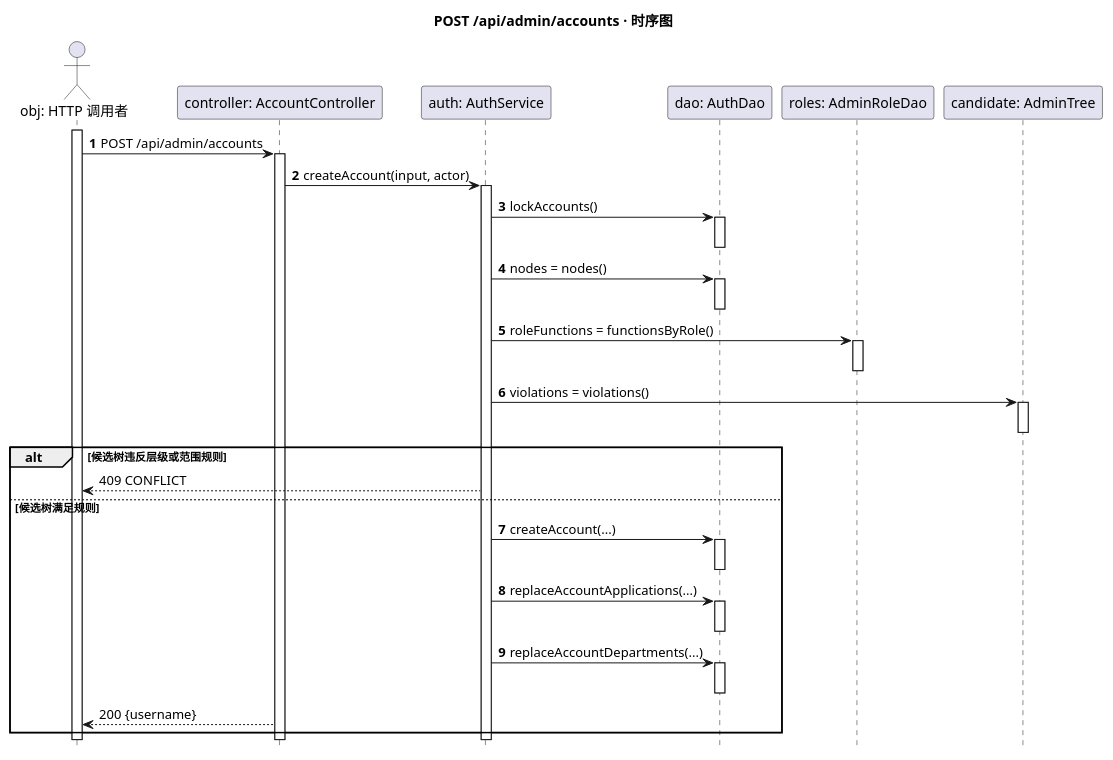
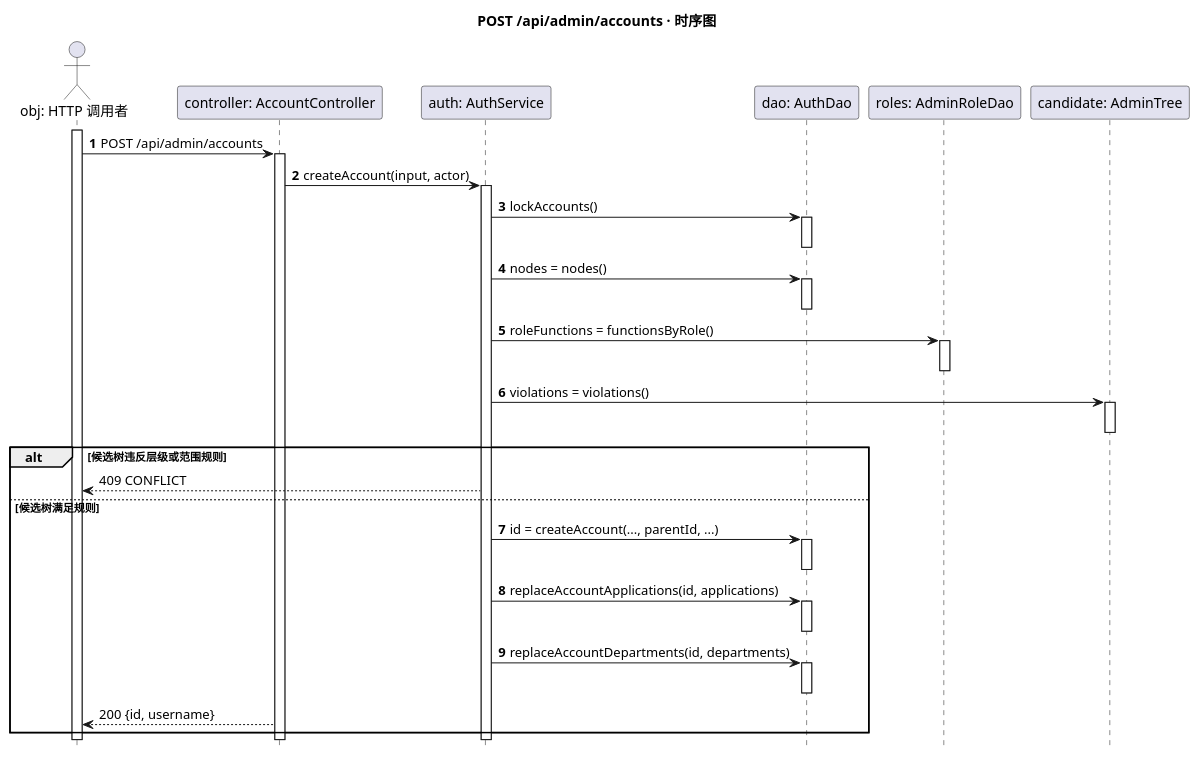
One commit to IKEA-v/MelonHub changed the diagram in doc/uml/admin-account-sequence.puml. Above: the diagram before and after it, drawn with PlantUML. The commit also changed 34 other files, not shown here.

```diff
--- a/doc/uml/admin-account-sequence.puml
+++ b/doc/uml/admin-account-sequence.puml
@@ -1,49 +1,49 @@
 @startuml
 title POST /api/admin/accounts · 时序图
 hide footbox
 skinparam shadowing false
 actor "obj: HTTP 调用者" as Caller
 participant "controller: AccountController" as C
 participant "auth: AuthService" as S
 participant "dao: AuthDao" as D
 participant "roles: AdminRoleDao" as R
 participant "candidate: AdminTree" as T
 activate Caller
 autonumber
 Caller -> C: POST /api/admin/accounts
 activate C
 C -> S: createAccount(input, actor)
 activate S
 S -> D: lockAccounts()
 activate D
 deactivate D
 S -> D: nodes = nodes()
 activate D
 deactivate D
 S -> R: roleFunctions = functionsByRole()
 activate R
 deactivate R
 S -> T: violations = violations()
 activate T
 deactivate T
 alt 候选树违反层级或范围规则
   autonumber stop
   S --> Caller: 409 CONFLICT
 else 候选树满足规则
   autonumber resume
-  S -> D: createAccount(...)
+  S -> D: id = createAccount(..., parentId, ...)
   activate D
   deactivate D
-  S -> D: replaceAccountApplications(...)
+  S -> D: replaceAccountApplications(id, applications)
   activate D
   deactivate D
-  S -> D: replaceAccountDepartments(...)
+  S -> D: replaceAccountDepartments(id, departments)
   activate D
   deactivate D
   autonumber stop
-  C --> Caller: 200 {username}
+  C --> Caller: 200 {id, username}
 end
 deactivate S
 deactivate C
 deactivate Caller
 @enduml
```
